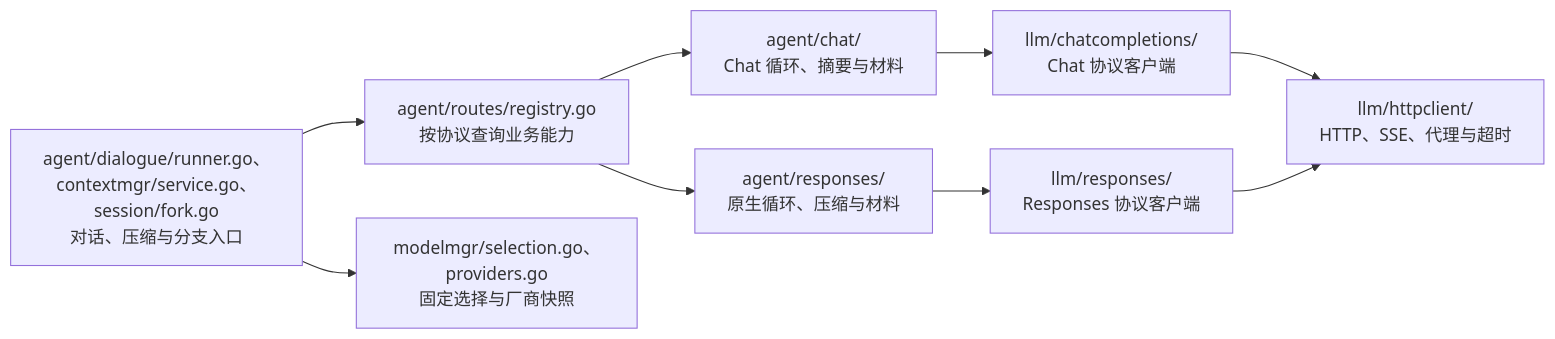
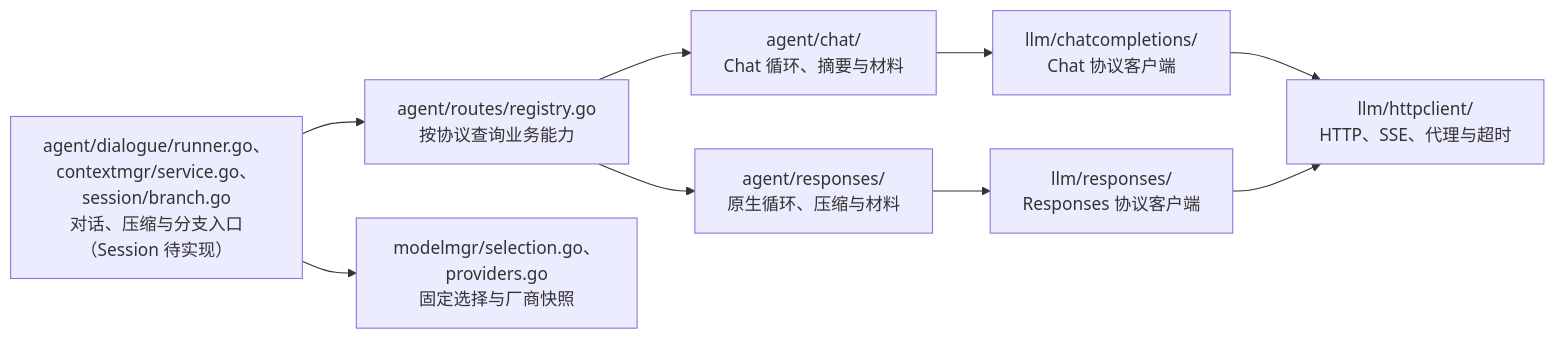
The fifth of 15 diagrams in devdocs/architecture.md (Elflare/elbot), drawn with Mermaid before and after one commit. The commit also changed other lines of this file and 120 other files, not shown here.

````diff
--- a/devdocs/architecture.md
+++ b/devdocs/architecture.md
@@ -208,10 +208,10 @@
 ```mermaid
 flowchart LR
-    E["agent/dialogue/runner.go、contextmgr/service.go、session/fork.go<br/>对话、压缩与分支入口"] --> R["agent/routes/registry.go<br/>按协议查询业务能力"]
+    E["agent/dialogue/runner.go、contextmgr/service.go、session/branch.go<br/>对话、压缩与分支入口（Session 待实现）"] --> R["agent/routes/registry.go<br/>按协议查询业务能力"]
     E --> M["modelmgr/selection.go、providers.go<br/>固定选择与厂商快照"]
     R --> C["agent/chat/<br/>Chat 循环、摘要与材料"]
     R --> N["agent/responses/<br/>原生循环、压缩与材料"]
     C --> CC["llm/chatcompletions/<br/>Chat 协议客户端"]
     N --> NC["llm/responses/<br/>Responses 协议客户端"]
     CC & NC --> H["llm/httpclient/<br/>HTTP、SSE、代理与超时"]
 ```
````
